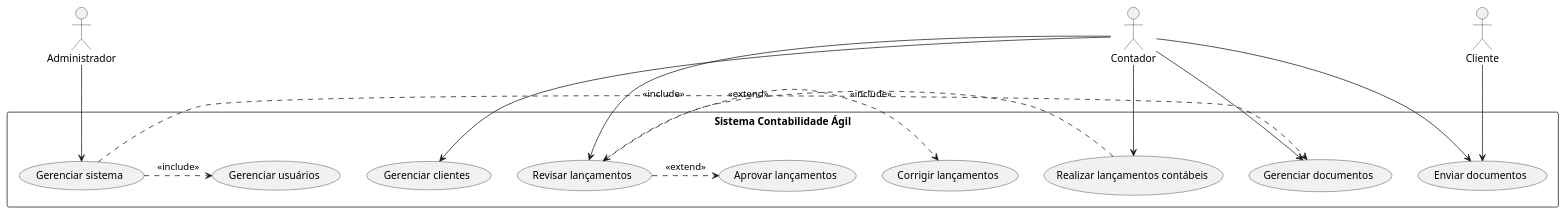
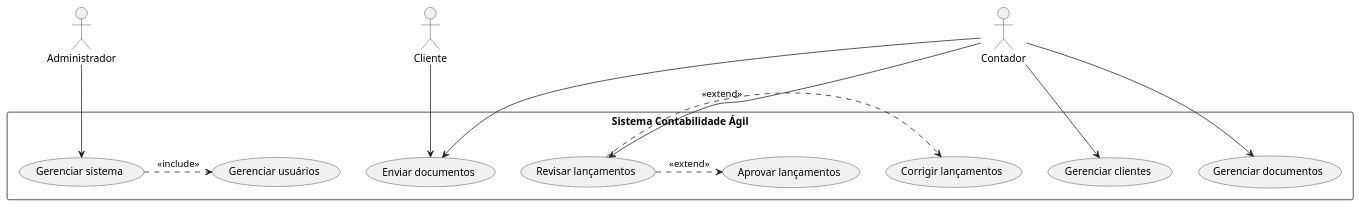
Before and after one commit to Engenharia-de-Software-Fatec/eng-softII-2026: the diagram in docs/diagramas/caso-de-uso.puml, drawn with PlantUML.

```diff
--- a/docs/diagramas/caso-de-uso.puml
+++ b/docs/diagramas/caso-de-uso.puml
@@ -1,29 +1,40 @@
 @startuml
+top to bottom direction
 
 actor Administrador
 actor Cliente
 actor Contador
 
 rectangle "Sistema Contabilidade Ágil" {
 
-  Administrador --> (Gerenciar sistema)
+  usecase "Gerenciar sistema" as GS
+  usecase "Gerenciar usuários" as GU
 
-  Cliente --> (Enviar documentos)
+  usecase "Enviar documentos" as ED
 
-  Contador --> (Enviar documentos)
-  Contador --> (Realizar lançamentos contábeis)
-  Contador --> (Revisar lançamentos)
-  Contador --> (Gerenciar clientes)
-  Contador --> (Gerenciar documentos)
+  usecase "Gerenciar clientes" as GC
 
-  (Revisar lançamentos) .> (Aprovar lançamentos) : <<extend>>
-  (Revisar lançamentos) .> (Corrigir lançamentos) : <<extend>>
+  usecase "Revisar lançamentos" as RL
 
-  (Realizar lançamentos contábeis) .> (Revisar lançamentos) : <<include>>
+  usecase "Aprovar lançamentos" as AL
+  usecase "Corrigir lançamentos" as CL
 
-  (Gerenciar sistema) .> (Gerenciar usuários) : <<include>>
-  (Gerenciar sistema) .> (Gerenciar documentos) : <<include>>
+  usecase "Gerenciar documentos" as GD
+
+  Administrador --> GS
+
+  Cliente --> ED
+
+  Contador --> ED
+  Contador --> GC
+  Contador --> RL
+  Contador --> GD
+
+  GS .> GU : <<include>>
+
+  RL .> AL : <<extend>>
+  RL .> CL : <<extend>>
 
 }
 
 @enduml
```
